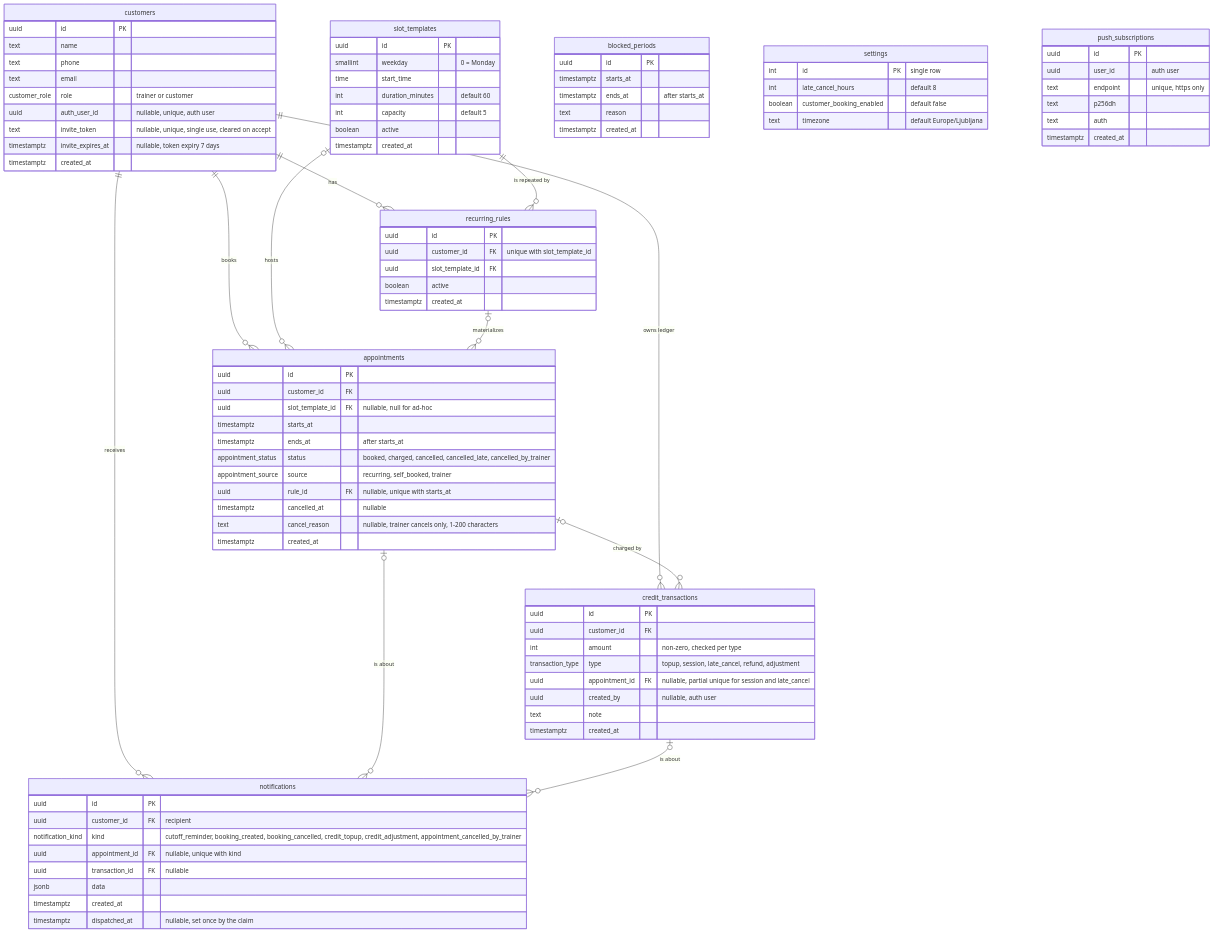
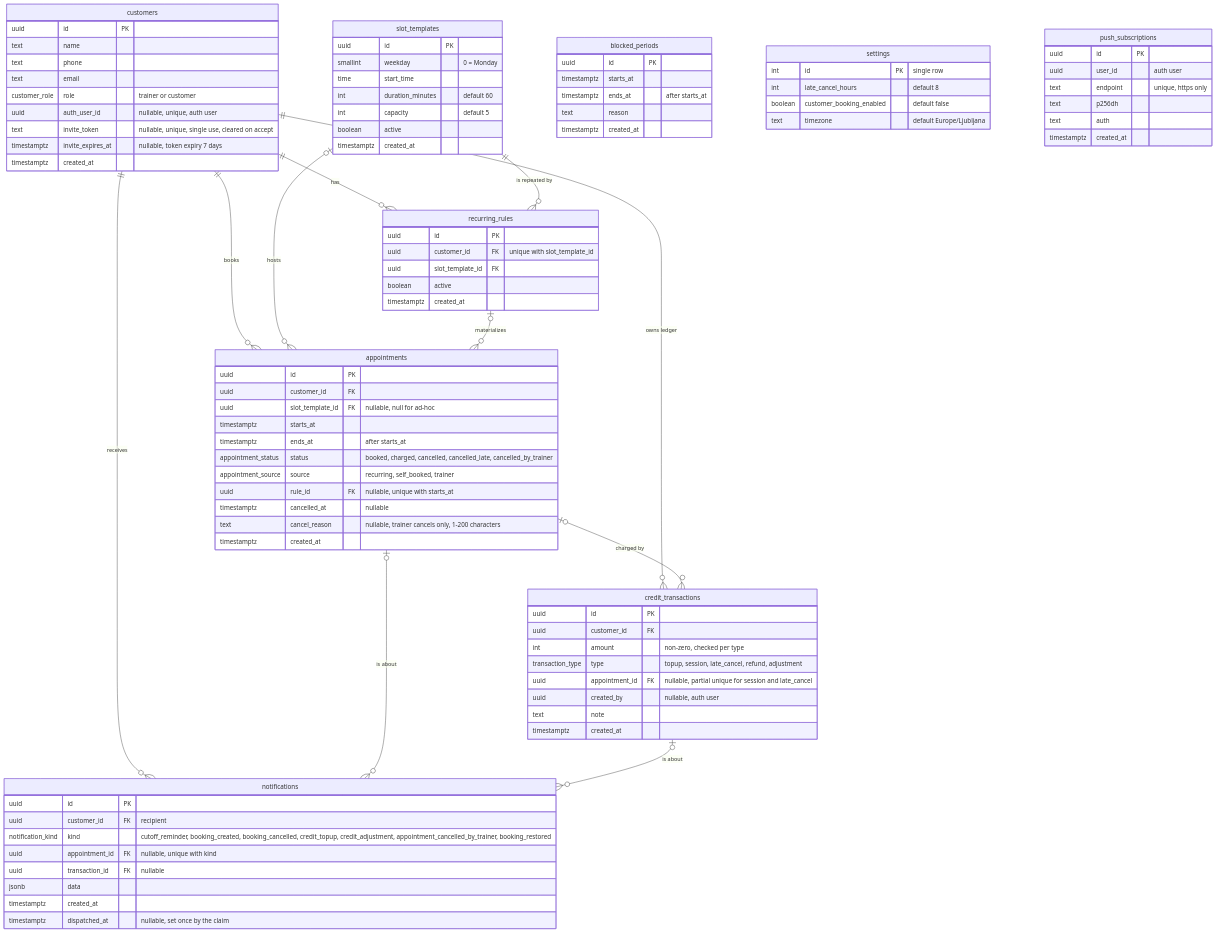
The diagram in docs/architecture/data-model.md (JasaGlazar/amrap), drawn with Mermaid before and after one commit. The commit also changed 19 other files, not shown here.

First line of the commit message:
feat: notify the trainer when a customer restores a cancelled appointment

```diff
--- a/docs/architecture/data-model.md
+++ b/docs/architecture/data-model.md
@@ -91,7 +91,7 @@
     notifications {
         uuid id PK
         uuid customer_id FK "recipient"
-        notification_kind kind "cutoff_reminder, booking_created, booking_cancelled, credit_topup, credit_adjustment, appointment_cancelled_by_trainer"
+        notification_kind kind "cutoff_reminder, booking_created, booking_cancelled, credit_topup, credit_adjustment, appointment_cancelled_by_trainer, booking_restored"
         uuid appointment_id FK "nullable, unique with kind"
         uuid transaction_id FK "nullable"
         jsonb data
```
